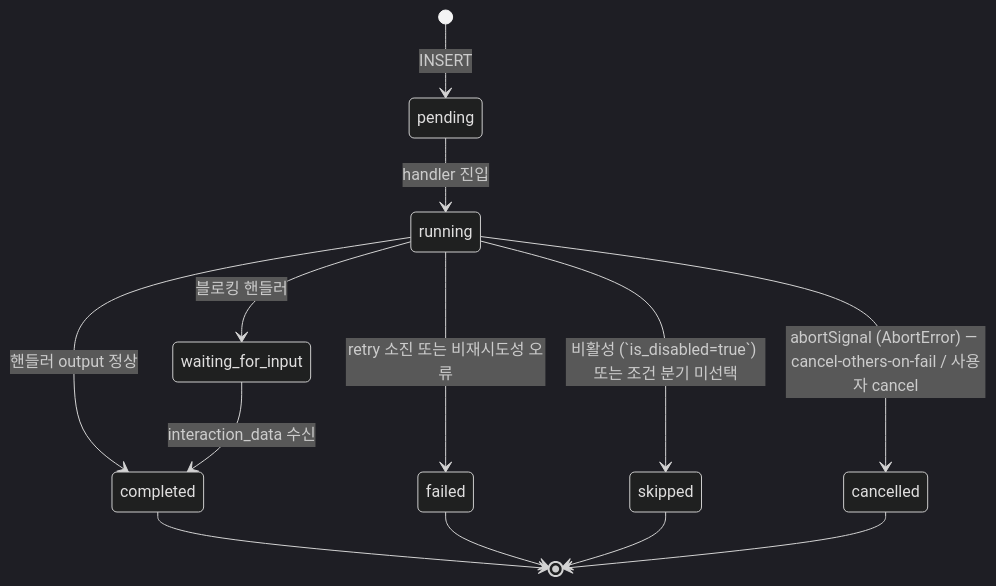
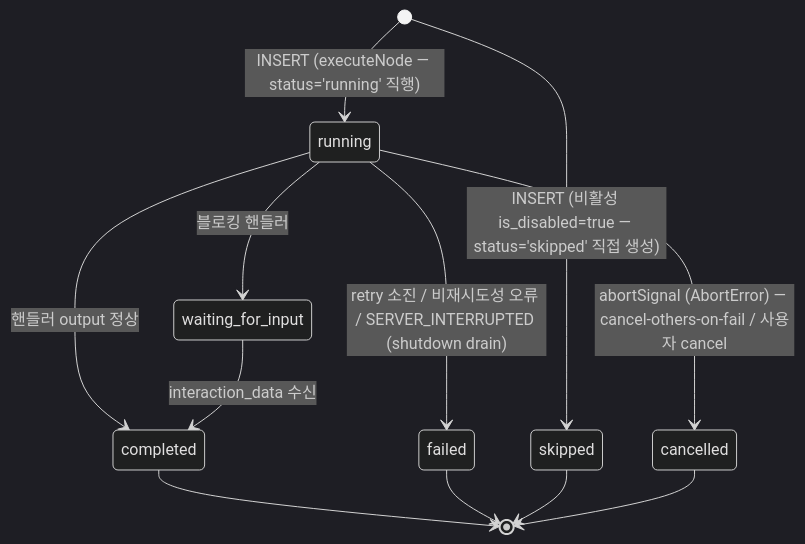
Before and after one commit to worker-ants/clemvion: the sixth of 6 diagrams in spec/data-flow/3-execution.md, drawn with Mermaid (dark theme). The commit also changed other lines of this file and 89 other files, not shown here.

First line of the commit message:
docs(spec): spec↔code 전수 상호 감사 — 역방향 커버리지 + drift 동기화 + data-flow 재구성 (위반 19건 보고) (#516)

````diff
--- a/spec/data-flow/3-execution.md
+++ b/spec/data-flow/3-execution.md
@@ -198,15 +267,14 @@
 ```mermaid
 stateDiagram-v2
-  [*] --> pending: INSERT
-  pending --> running: handler 진입
+  [*] --> running: INSERT (executeNode — status='running' 직행)
+  [*] --> skipped: INSERT (비활성 is_disabled=true — status='skipped' 직접 생성)
   running --> completed: 핸들러 output 정상
-  running --> failed: retry 소진 또는 비재시도성 오류
+  running --> failed: retry 소진 / 비재시도성 오류 / SERVER_INTERRUPTED (shutdown drain)
   running --> waiting_for_input: 블로킹 핸들러
   waiting_for_input --> completed: interaction_data 수신
-  running --> skipped: 비활성 (`is_disabled=true`) 또는 조건 분기 미선택
   running --> cancelled: abortSignal (AbortError) — cancel-others-on-fail / 사용자 cancel
   completed --> [*]
   failed --> [*]
   skipped --> [*]
   cancelled --> [*]
 ```
````
